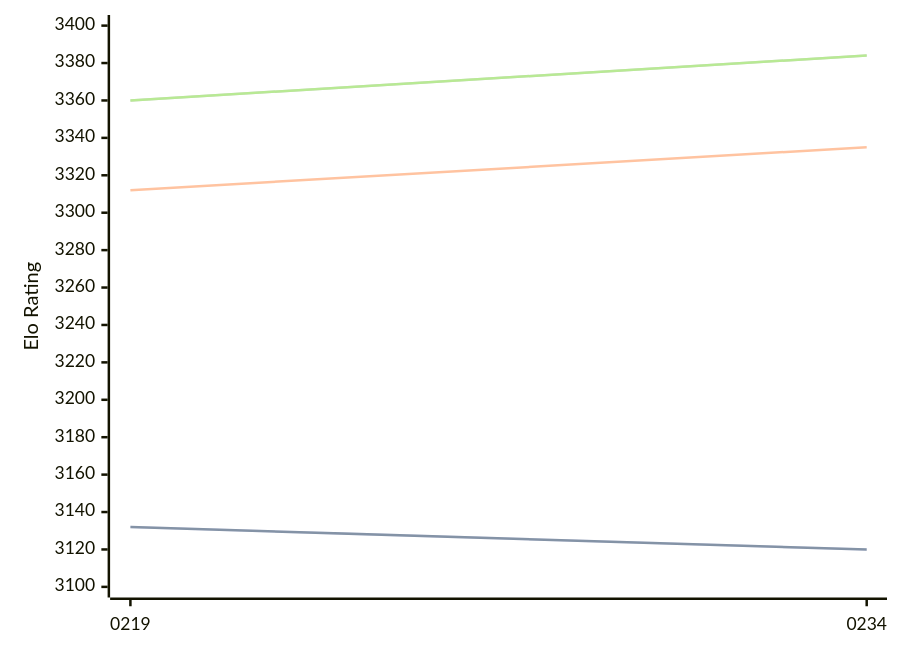
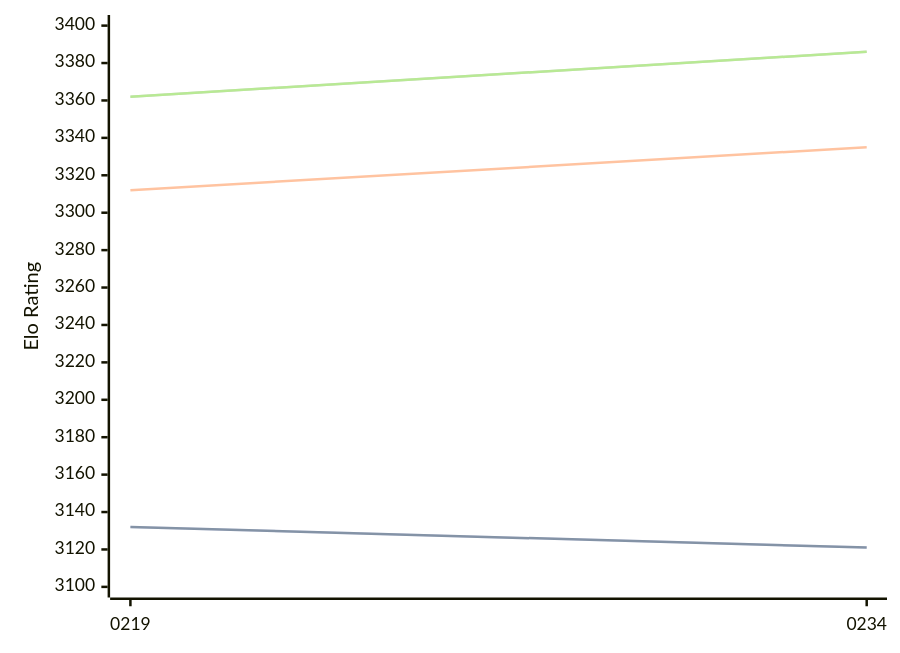
Before and after one commit to computer-chess-index/cci: the diagram in engines/Ynode.md, drawn with Mermaid. The commit also changed other lines of this file, not shown here.

Commit message:
Update CCI Ratings (ELO VLTC) - 2026-08-10

````diff
--- a/engines/Ynode.md
+++ b/engines/Ynode.md
@@ -32,11 +32,11 @@
 ```mermaid
 %%{init: {"theme":"base","themeVariables":{"seriesColors:['#a3a3a3','#222221','#faa371']}}}%%
 xychart-beta
   x-axis ["0219", "0234"]
   y-axis "Elo Rating" 3100 --> 3400
-  line "STC (8.0+0.08s)" [3132, 3120]
-  line "STC (8.0+0.08s)" [3132, 3120]
+  line "STC (8.0+0.08s)" [3132, 3121]
+  line "STC (8.0+0.08s)" [3132, 3121]
   line "LTC (60.0+0.60s)" [3312, 3335]
-  line "VLTC (2m24s+1.12s)" [3360, 3384]
-  line "VLTC (2m24s+1.12s)" [3360, 3384]
+  line "VLTC (2m24s+1.12s)" [3362, 3386]
+  line "VLTC (2m24s+1.12s)" [3362, 3386]
 ```
````
